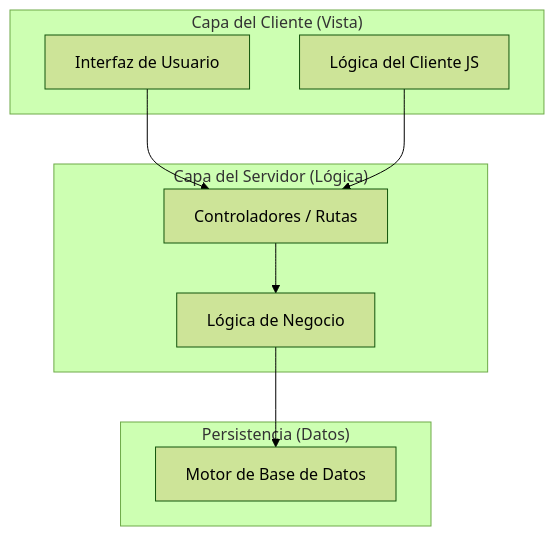
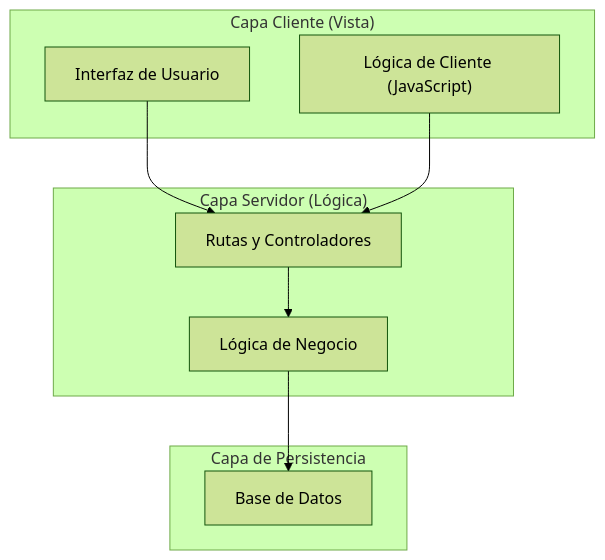
Before and after one commit to AXLAAF/SAQ_Marcos_XOOKTECH: the first of 2 diagrams in 01-Proyecto/03-Diseño/Plantillas/Formatos/PLT-FOR_Diagrama_Arquitectura.md, drawn with Mermaid (forest theme). The commit also changed other lines of this file and 18 other files, not shown here.

````diff
--- a/01-Proyecto/03-Diseño/Plantillas/Formatos/PLT-FOR_Diagrama_Arquitectura.md
+++ b/01-Proyecto/03-Diseño/Plantillas/Formatos/PLT-FOR_Diagrama_Arquitectura.md
@@ -20,21 +19,21 @@
 ```mermaid
 graph TD
-    subgraph Frontend["Capa del Cliente (Vista)"]
+    subgraph Frontend["Capa Cliente (Vista)"]
         UI["Interfaz de Usuario"]
-        JS["Lógica del Cliente JS"]
+        JS["Lógica de Cliente (JavaScript)"]
     end
 
-    subgraph Backend["Capa del Servidor (Lógica)"]
-        Rutas["Controladores / Rutas"]
-        Servicio["Lógica de Negocio"]
+    subgraph Backend["Capa Servidor (Lógica)"]
+        Rutas["Rutas y Controladores"]
+        Servicios["Lógica de Negocio"]
     end
 
-    subgraph Persistence["Persistencia (Datos)"]
-        DB["Motor de Base de Datos"]
+    subgraph Persistencia["Capa de Persistencia"]
+        DB["Base de Datos"]
     end
 
     UI --> Rutas
     JS --> Rutas
-    Rutas --> Servicio
-    Servicio --> DB
+    Rutas --> Servicios
+    Servicios --> DB
 ```
````
